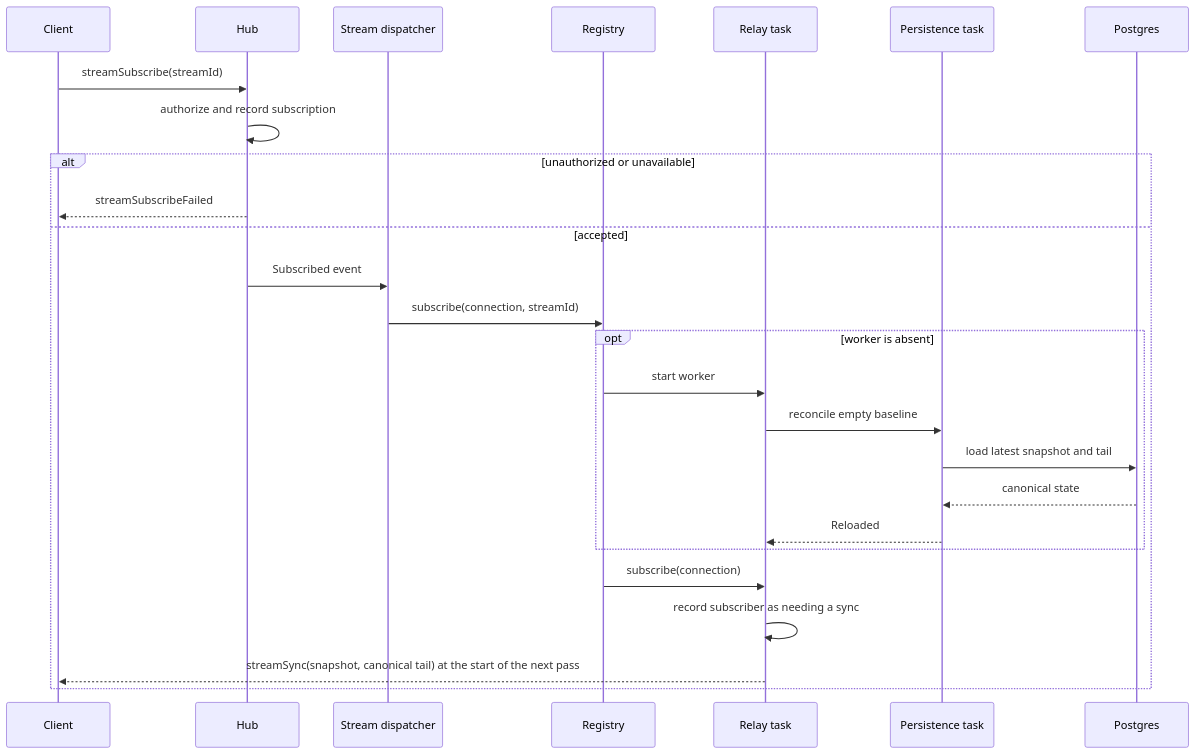
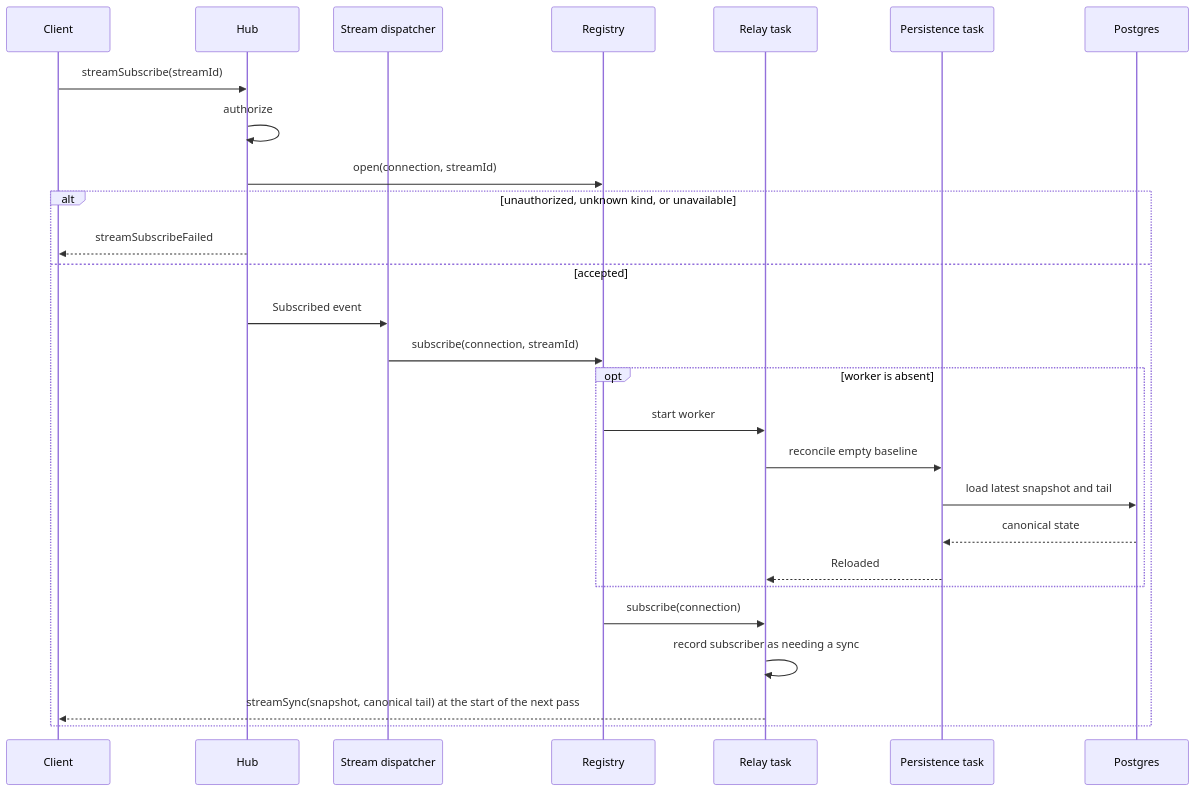
The third of 9 diagrams in docs/services/builder/hub.md (gzp79/shine-services), drawn with Mermaid before and after one commit. The commit also changed other lines of this file and 14 other files, not shown here.

````diff
--- a/docs/services/builder/hub.md
+++ b/docs/services/builder/hub.md
@@ -94,29 +95,30 @@
 ```mermaid
 sequenceDiagram
     participant C as Client
     participant H as Hub
     participant D as Stream dispatcher
     participant R as Registry
     participant A as Relay task
     participant P as Persistence task
     participant L as Postgres
 
     C->>H: streamSubscribe(streamId)
-    H->>H: authorize and record subscription
-    alt unauthorized or unavailable
+    H->>H: authorize
+    H->>R: open(connection, streamId)
+    alt unauthorized, unknown kind, or unavailable
         H-->>C: streamSubscribeFailed
     else accepted
         H->>D: Subscribed event
         D->>R: subscribe(connection, streamId)
         opt worker is absent
             R->>A: start worker
             A->>P: reconcile empty baseline
             P->>L: load latest snapshot and tail
             L-->>P: canonical state
             P-->>A: Reloaded
         end
         R->>A: subscribe(connection)
         A->>A: record subscriber as needing a sync
         A-->>C: streamSync(snapshot, canonical tail) at the start of the next pass
     end
 ```
````
